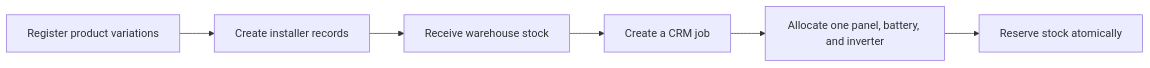
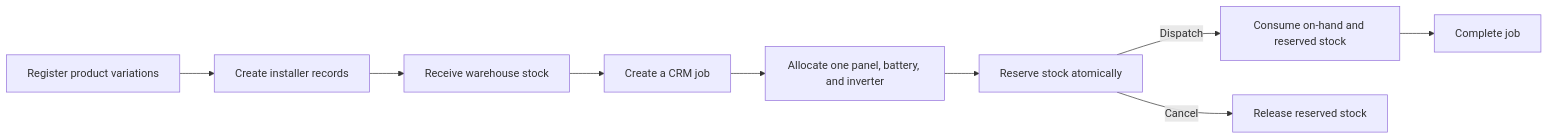
One commit to DANUCKSAN/fieldops-service-latform-api changed the diagram in README.md. Above: the diagram before and after it, drawn with Mermaid. The commit also changed other lines of this file and 15 other files, not shown here.

````diff
--- a/README.md
+++ b/README.md
@@ -10,8 +10,11 @@
 ```mermaid
 flowchart LR
     A[Register product variations] --> B[Create installer records]
     B --> C[Receive warehouse stock]
     C --> D[Create a CRM job]
     D --> E[Allocate one panel, battery, and inverter]
     E --> F[Reserve stock atomically]
+    F -->|Dispatch| G[Consume on-hand and reserved stock]
+    G --> H[Complete job]
+    F -->|Cancel| I[Release reserved stock]
 ```
````
